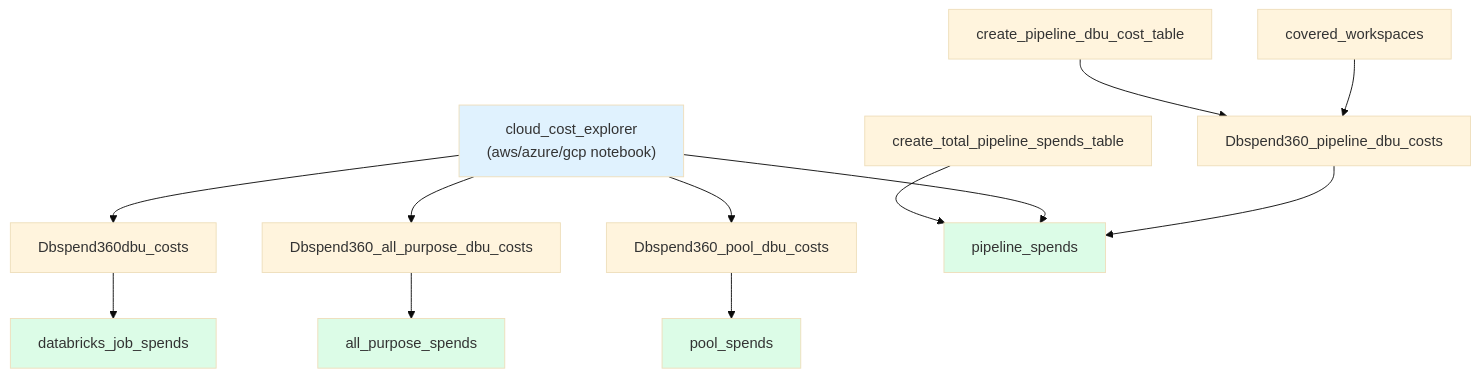
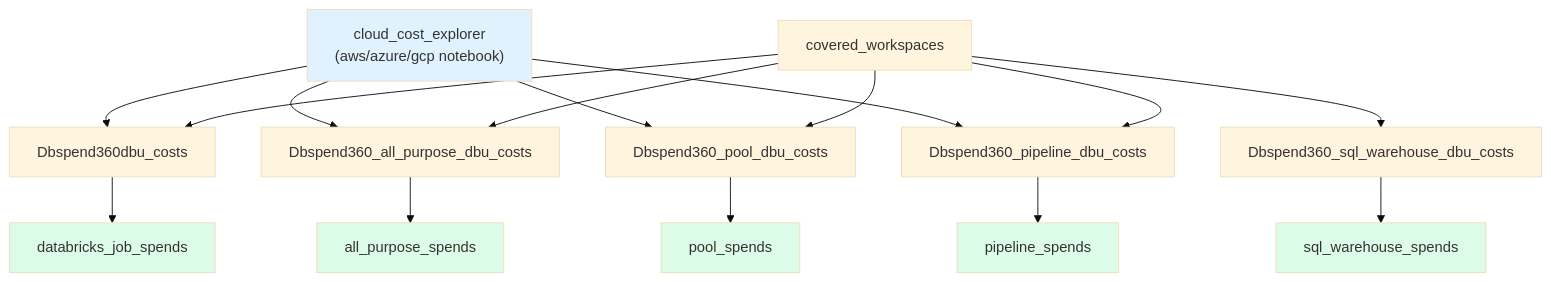
Before and after one commit to AdityaMandiwal/DBSPEND360: the first of 9 diagrams in docs/data_model_reference.md, drawn with Mermaid (base theme). The commit also changed other lines of this file and 7 other files, not shown here.

````diff
--- a/docs/data_model_reference.md
+++ b/docs/data_model_reference.md
@@ -178,27 +177,28 @@
 ```mermaid
 flowchart TD
-    DDL_PL["create_pipeline_dbu_cost_table"]
-    DDL_ROLL_PL["create_total_pipeline_spends_table"]
     CW["covered_workspaces"]
     CCE["cloud_cost_explorer<br/>(aws/azure/gcp notebook)"]
 
     CCE --> DBU_J["Dbspend360dbu_costs"]
     CCE --> DBU_AP["Dbspend360_all_purpose_dbu_costs"]
     CCE --> DBU_P["Dbspend360_pool_dbu_costs"]
-    DDL_PL --> DBU_PL["Dbspend360_pipeline_dbu_costs"]
+    CCE --> DBU_PL["Dbspend360_pipeline_dbu_costs"]
+    CW --> DBU_J
+    CW --> DBU_AP
+    CW --> DBU_P
     CW --> DBU_PL
-    DDL_ROLL_PL --> ROLL_PL["pipeline_spends"]
-    CCE --> ROLL_PL
+    CW --> DBU_SQL["Dbspend360_sql_warehouse_dbu_costs"]
 
     DBU_J --> ROLL_J["databricks_job_spends"]
     DBU_AP --> ROLL_AP["all_purpose_spends"]
     DBU_P --> ROLL_P["pool_spends"]
-
-    DBU_PL --> ROLL_PL
+    DBU_PL --> ROLL_PL["pipeline_spends"]
+    DBU_SQL --> ROLL_SQL["sql_warehouse_spends"]
 
     style CCE fill:#e0f2fe
     style ROLL_J fill:#dcfce7
     style ROLL_AP fill:#dcfce7
     style ROLL_P fill:#dcfce7
     style ROLL_PL fill:#dcfce7
+    style ROLL_SQL fill:#dcfce7
 ```
````
